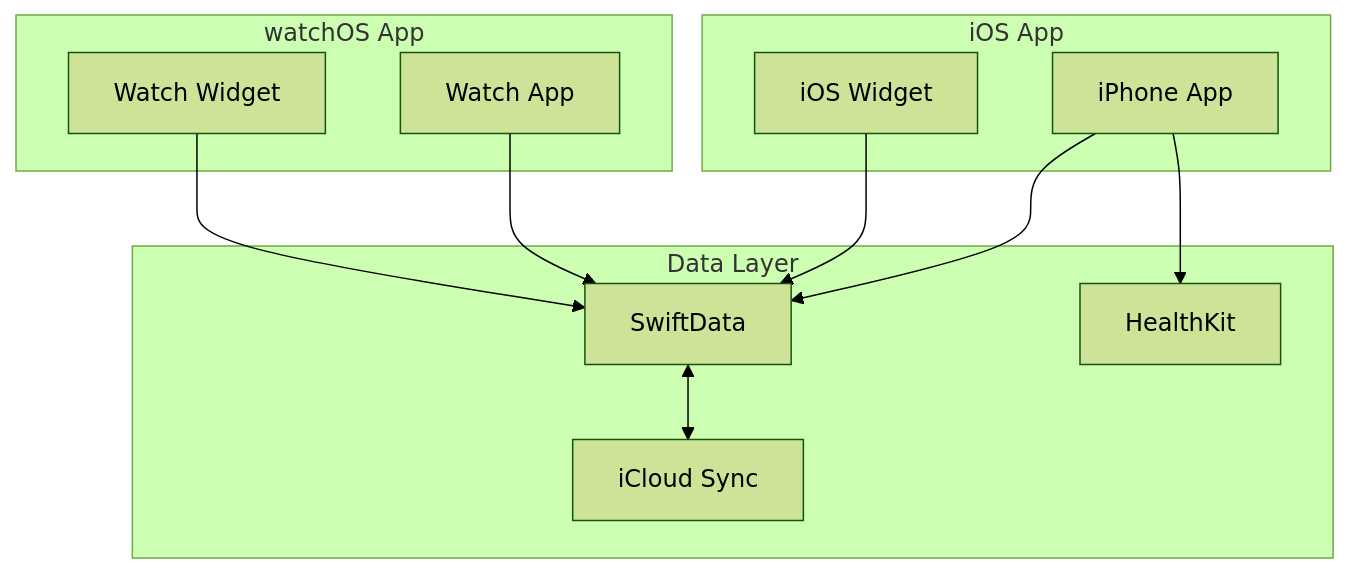
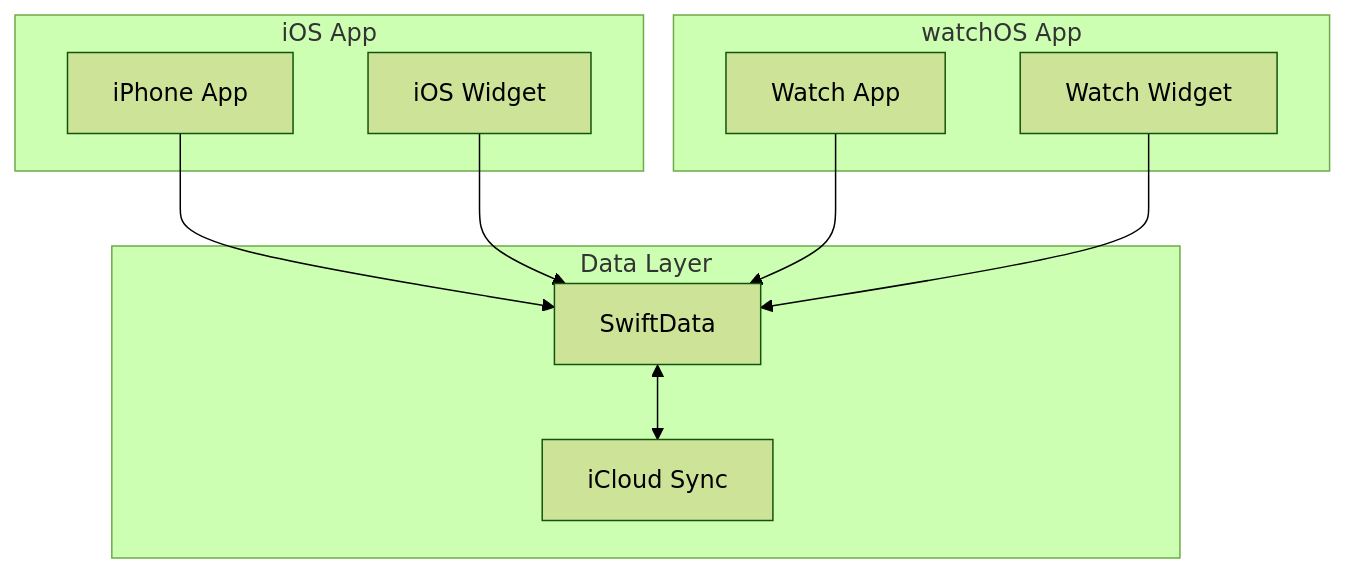
The first of 3 diagrams in docs/requirements.md (junya-prg/Smoker), drawn with Mermaid (forest theme) before and after one commit. The commit also changed other lines of this file and 18 other files, not shown here.

````diff
--- a/docs/requirements.md
+++ b/docs/requirements.md
@@ -136,25 +150,23 @@
 ```mermaid
 graph TB
     subgraph iOS [iOS App]
         iPhoneApp[iPhone App]
         iOSWidget[iOS Widget]
     end
     
     subgraph watchOS [watchOS App]
         WatchApp[Watch App]
         WatchWidget[Watch Widget]
     end
     
     subgraph DataLayer [Data Layer]
         SwiftData[SwiftData]
         iCloud[iCloud Sync]
-        HealthKit[HealthKit]
     end
     
     iPhoneApp --> SwiftData
     iOSWidget --> SwiftData
     WatchApp --> SwiftData
     WatchWidget --> SwiftData
     SwiftData <--> iCloud
-    iPhoneApp --> HealthKit
 ```
````
